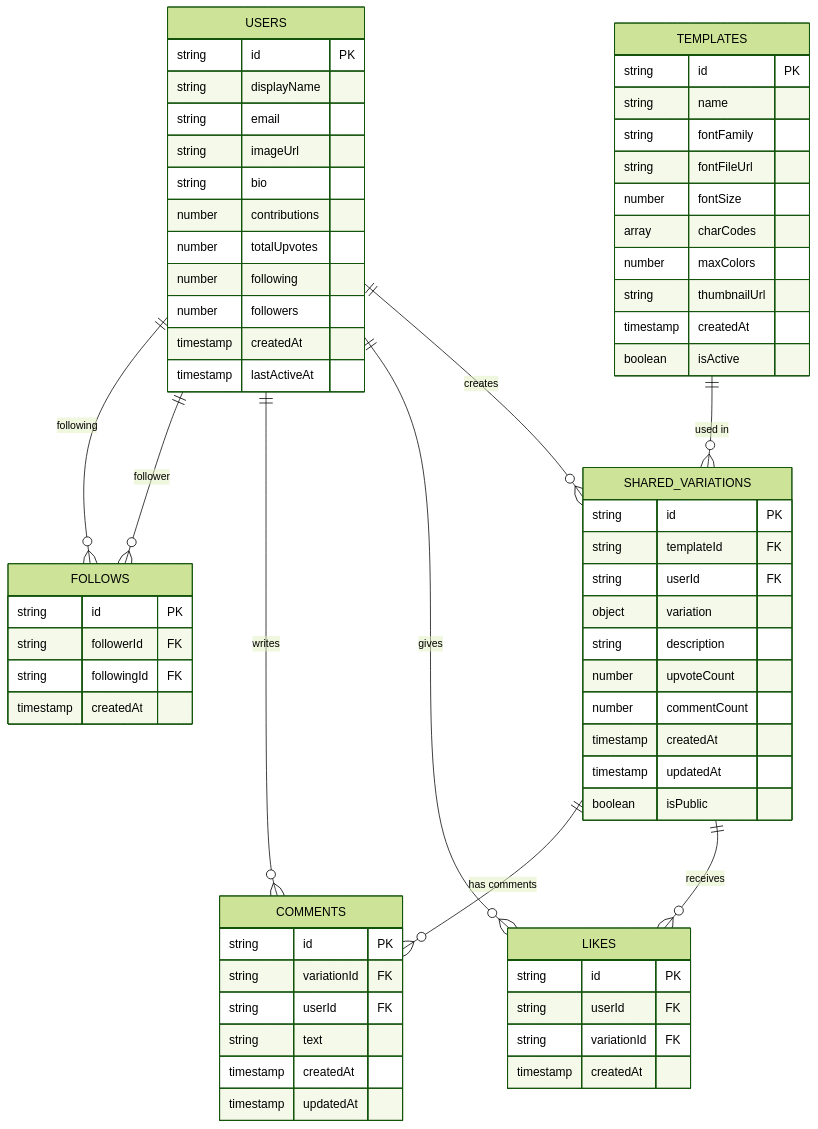
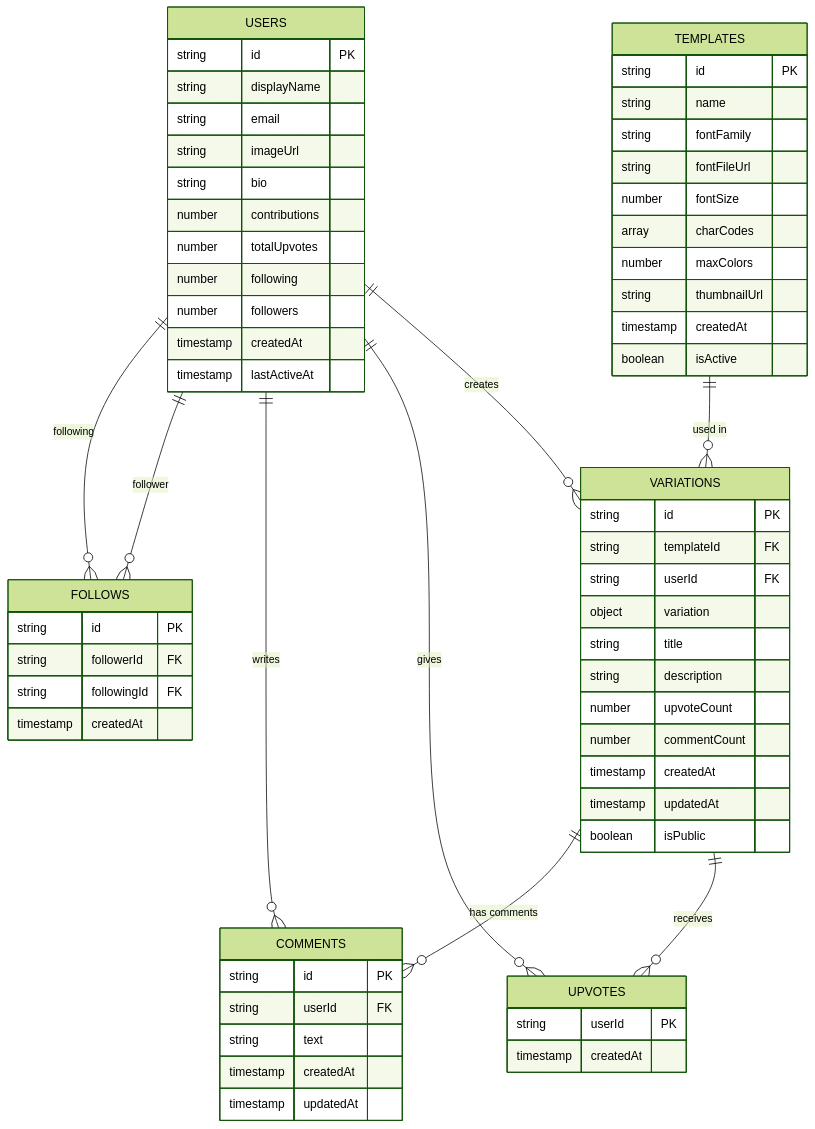
The diagram in firestore_schema.md (fahadjaved882244/colartive), drawn with Mermaid (forest theme) before and after one commit. The commit also changed other lines of this file and 5 other files, not shown here.

First line of the commit message:
Refactor Firestore schema and update user/variation logic

````diff
--- a/firestore_schema.md
+++ b/firestore_schema.md
@@ -129,76 +78,74 @@
 ```mermaid
 erDiagram
-    USERS ||--o{ SHARED_VARIATIONS : creates
-    USERS ||--o{ LIKES : gives
+    USERS ||--o{ VARIATIONS : creates
+    USERS ||--o{ UPVOTES : gives
     USERS ||--o{ COMMENTS : writes
     USERS ||--o{ FOLLOWS : follower
     USERS ||--o{ FOLLOWS : following
     
-    TEMPLATES ||--o{ SHARED_VARIATIONS : "used in"
+    TEMPLATES ||--o{ VARIATIONS : "used in"
     
-    SHARED_VARIATIONS ||--o{ LIKES : receives
-    SHARED_VARIATIONS ||--o{ COMMENTS : "has comments"
+    VARIATIONS ||--o{ UPVOTES : receives
+    VARIATIONS ||--o{ COMMENTS : "has comments"
     
     USERS {
         string id PK
         string displayName
         string email
         string imageUrl
         string bio
         number contributions
         number totalUpvotes
         number following
         number followers
         timestamp createdAt
         timestamp lastActiveAt
     }
     
     TEMPLATES {
         string id PK
         string name
         string fontFamily
         string fontFileUrl
         number fontSize
         array charCodes
         number maxColors
         string thumbnailUrl
         timestamp createdAt
         boolean isActive
     }
     
-    SHARED_VARIATIONS {
+    VARIATIONS {
         string id PK
         string templateId FK
         string userId FK
         object variation
+        string title
         string description
         number upvoteCount
         number commentCount
         timestamp createdAt
         timestamp updatedAt
         boolean isPublic
     }
     
-    LIKES {
-        string id PK
-        string userId FK
-        string variationId FK
+    UPVOTES {
+        string userId PK
         timestamp createdAt
     }
     
     COMMENTS {
         string id PK
-        string variationId FK
         string userId FK
         string text
         timestamp createdAt
         timestamp updatedAt
     }
     
     FOLLOWS {
         string id PK
         string followerId FK
         string followingId FK
         timestamp createdAt
     }
 ```
````
